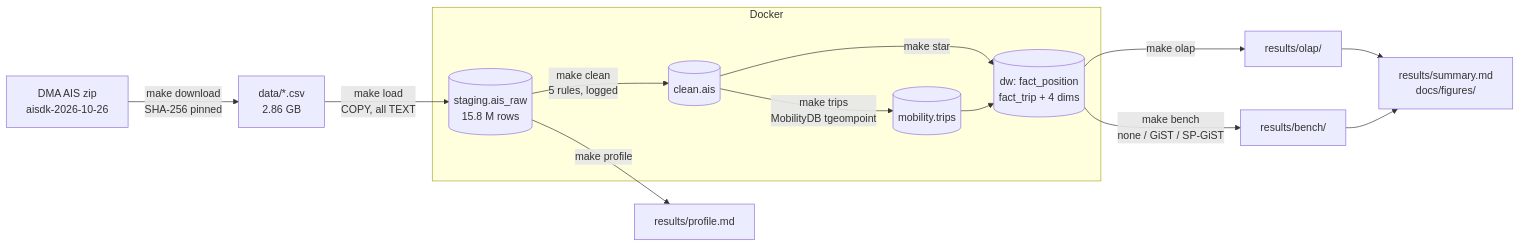
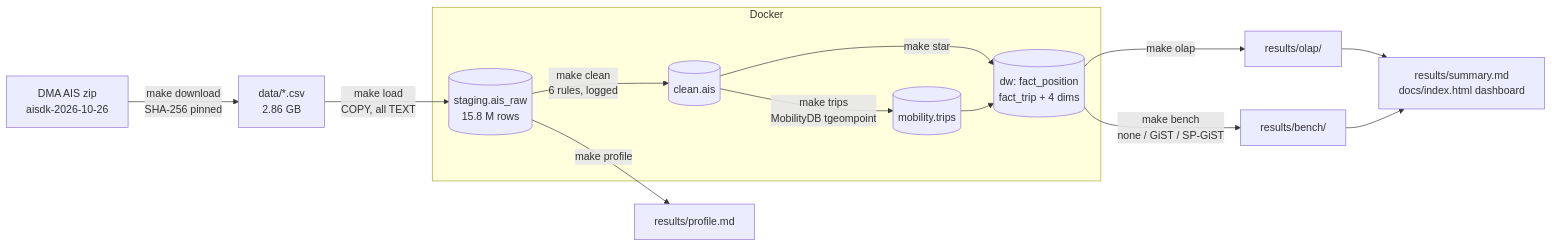
The diagram in README.md (Alimoiez22/ais-mobility-warehouse), drawn with Mermaid before and after one commit. The commit also changed other lines of this file and 45 other files, not shown here.

````diff
--- a/README.md
+++ b/README.md
@@ -17,20 +17,20 @@
 ```mermaid
 flowchart LR
     A[DMA AIS zip<br/>aisdk-2026-10-26] -->|make download<br/>SHA-256 pinned| B[data/*.csv<br/>2.86 GB]
     B -->|make load<br/>COPY, all TEXT| C[(staging.ais_raw<br/>15.8 M rows)]
     C -->|make profile| P[results/profile.md]
-    C -->|make clean<br/>5 rules, logged| D[(clean.ais)]
+    C -->|make clean<br/>6 rules, logged| D[(clean.ais)]
     D -->|make trips<br/>MobilityDB tgeompoint| E[(mobility.trips)]
     D -->|make star| F[(dw: fact_position<br/>fact_trip + 4 dims)]
     E --> F
     F -->|make olap| G[results/olap/]
     F -->|make bench<br/>none / GiST / SP-GiST| H[results/bench/]
-    G --> S[results/summary.md<br/>docs/figures/]
+    G --> S[results/summary.md<br/>docs/index.html dashboard]
     H --> S
     subgraph Docker
         C
         D
         E
         F
     end
 ```
````
